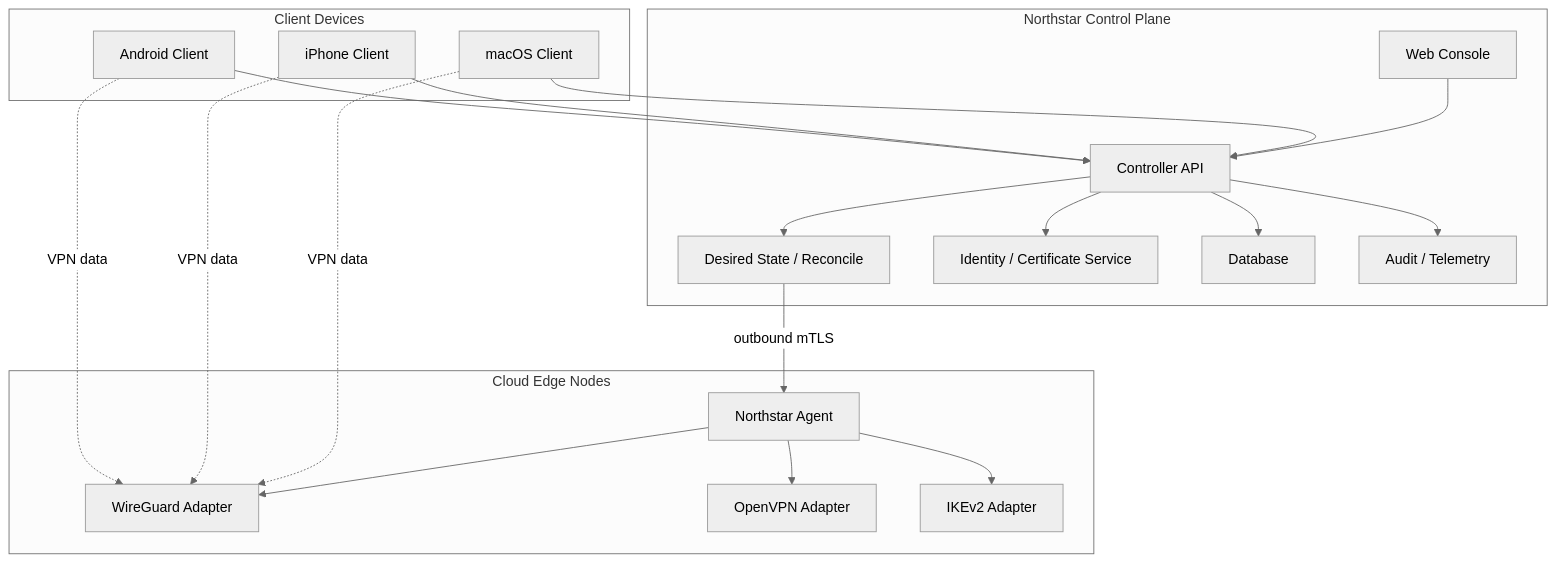
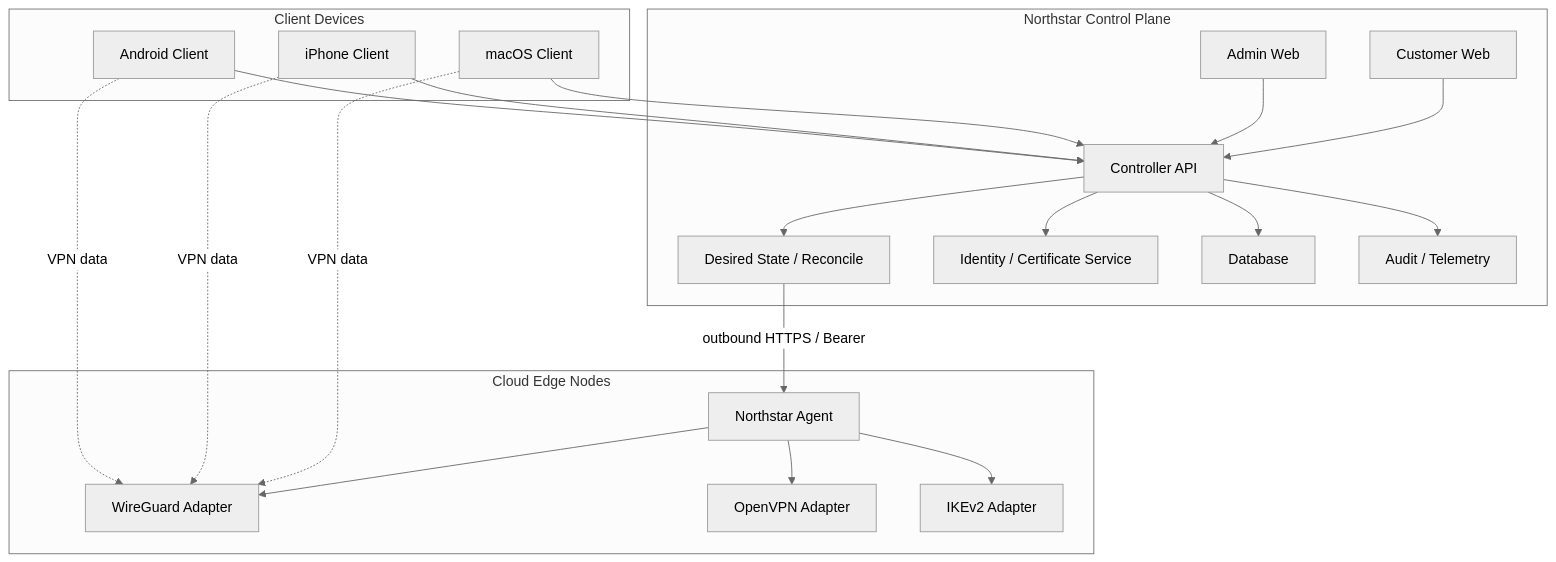
One commit to CNTWDev/one-click-vpn changed the diagram in docs/architecture/01-system.md. Above: the diagram before and after it, drawn with Mermaid (neutral theme). The commit also changed other lines of this file and 63 other files, not shown here.

Commit message:
Separate Portal, Admin, and API surfaces

````diff
--- a/docs/architecture/01-system.md
+++ b/docs/architecture/01-system.md
@@ -5,40 +5,42 @@
 ```mermaid
 flowchart TB
   subgraph Clients["Client Devices"]
     Mac["macOS Client"]
     IOS["iPhone Client"]
     Android["Android Client"]
   end
 
   subgraph Control["Northstar Control Plane"]
-    Web["Web Console"]
+    Portal["Customer Web"]
+    Admin["Admin Web"]
     API["Controller API"]
     Reconcile["Desired State / Reconcile"]
     CA["Identity / Certificate Service"]
     DB["Database"]
     Audit["Audit / Telemetry"]
   end
 
   subgraph Edge["Cloud Edge Nodes"]
     Agent["Northstar Agent"]
     WG["WireGuard Adapter"]
     OVPN["OpenVPN Adapter"]
     IKE["IKEv2 Adapter"]
   end
 
-  Web --> API
+  Portal --> API
+  Admin --> API
   Mac --> API
   IOS --> API
   Android --> API
   API --> DB
   API --> Reconcile
   API --> CA
   API --> Audit
-  Reconcile -->|"outbound mTLS"| Agent
+  Reconcile -->|"outbound HTTPS / Bearer"| Agent
   Agent --> WG
   Agent --> OVPN
   Agent --> IKE
   Mac -. "VPN data" .-> WG
   IOS -. "VPN data" .-> WG
   Android -. "VPN data" .-> WG
 ```
````
